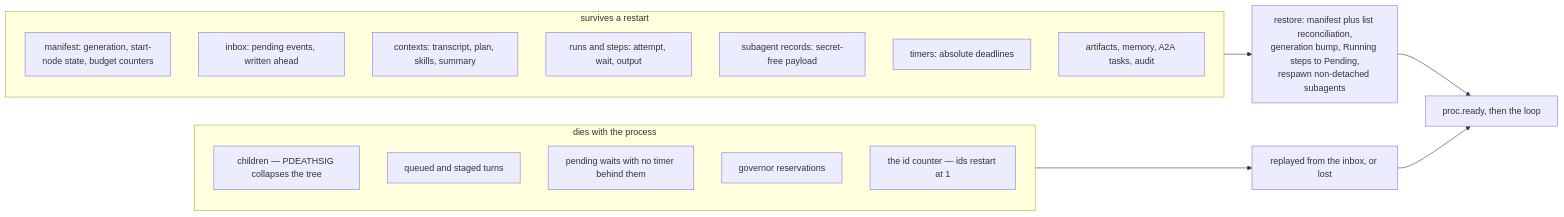
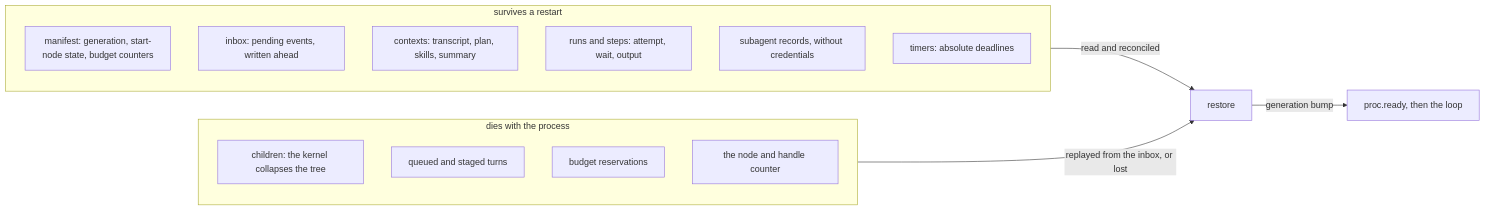
Before and after one commit to agentd-dev/source-code: the fifth of 5 diagrams in docs/harness.md, drawn with Mermaid. The commit also changed other lines of this file and 110 other files, not shown here.

````diff
--- a/docs/harness.md
+++ b/docs/harness.md
@@ -453,23 +393,20 @@
 ```mermaid
 flowchart LR
   subgraph V["survives a restart"]
     M["manifest: generation, start-node state, budget counters"]
     I["inbox: pending events, written ahead"]
     CX["contexts: transcript, plan, skills, summary"]
     RU["runs and steps: attempt, wait, output"]
-    SA["subagent records: secret-free payload"]
+    SA["subagent records, without credentials"]
     TI["timers: absolute deadlines"]
-    AR["artifacts, memory, A2A tasks, audit"]
   end
   subgraph X["dies with the process"]
-    CH["children — PDEATHSIG collapses the tree"]
+    CH["children: the kernel collapses the tree"]
     TQ["queued and staged turns"]
-    PE["pending waits with no timer behind them"]
-    RS["governor reservations"]
-    SQ["the id counter — ids restart at 1"]
+    RS["budget reservations"]
+    SQ["the node and handle counter"]
   end
-  V --> RESTORE["restore: manifest plus list reconciliation,<br/>generation bump, Running steps to Pending,<br/>respawn non-detached subagents"]
-  X --> REPLAY["replayed from the inbox, or lost"]
-  RESTORE --> LOOP["proc.ready, then the loop"]
-  REPLAY --> LOOP
+  V -->|"read and reconciled"| RESTORE["restore"]
+  X -->|"replayed from the inbox, or lost"| RESTORE
+  RESTORE -->|"generation bump"| LOOP["proc.ready, then the loop"]
 ```
````
